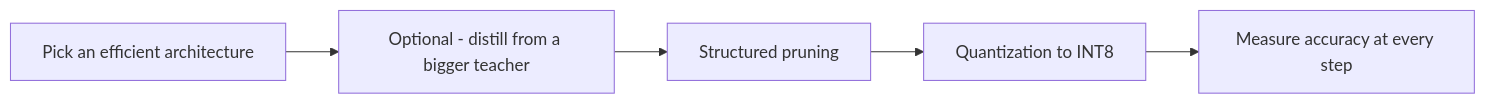
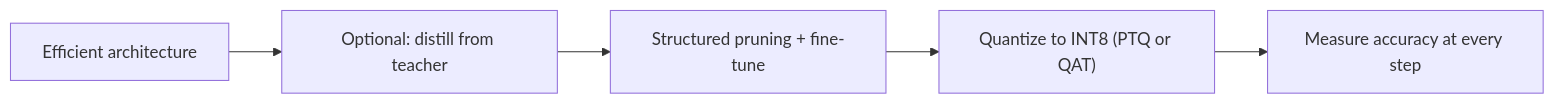
Before and after one commit to CODECRUNCHWORLDWIDE/C56-CRUNCH-VISION: the diagram in curriculum/week-11-deploying-vision-on-the-edge/lecture-notes/02-quantization-pruning-distillation.md, drawn with Mermaid. The commit also changed other lines of this file and 254 other files, not shown here.

Commit message:
docs: add diagrams + sync content from curriculum source

````diff
--- a/curriculum/week-11-deploying-vision-on-the-edge/lecture-notes/02-quantization-pruning-distillation.md
+++ b/curriculum/week-11-deploying-vision-on-the-edge/lecture-notes/02-quantization-pruning-distillation.md
@@ -39,7 +88,7 @@
 ```mermaid
 flowchart LR
-  A["Pick an efficient architecture"] --> B["Optional - distill from a bigger teacher"]
-  B --> C["Structured pruning"]
-  C --> D["Quantization to INT8"]
+  A["Efficient architecture"] --> B["Optional: distill from teacher"]
+  B --> C["Structured pruning + fine-tune"]
+  C --> D["Quantize to INT8 (PTQ or QAT)"]
   D --> E["Measure accuracy at every step"]
 ```
````
